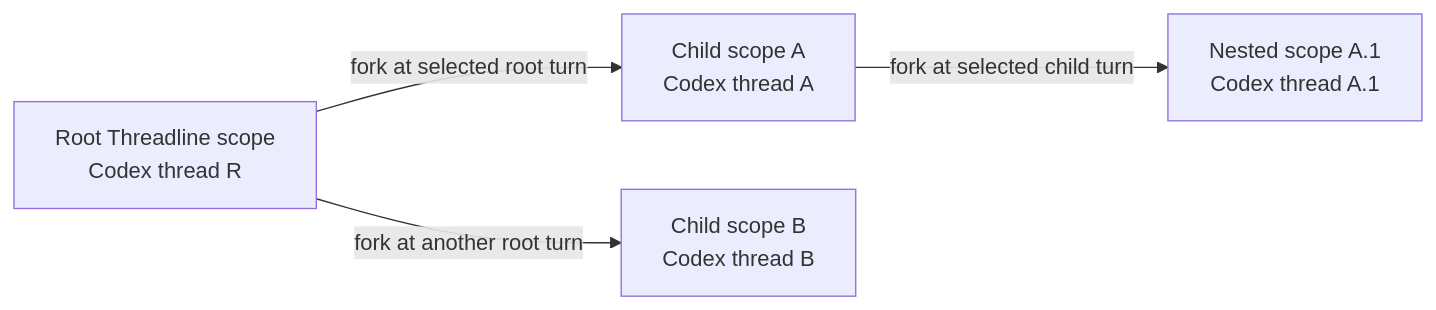
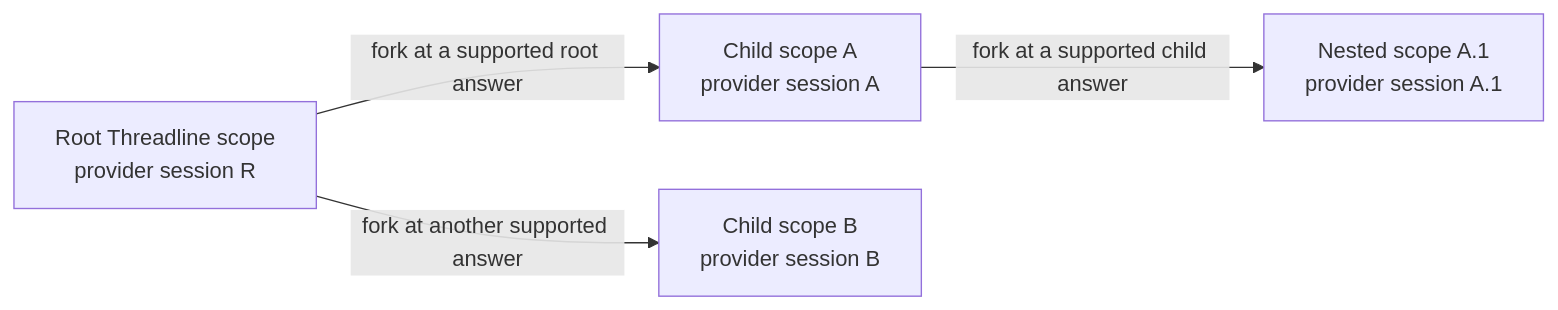
Before and after one commit to yinshanlake/threadline: the diagram in README.md, drawn with Mermaid. The commit also changed other lines of this file and 14 other files, not shown here.

````diff
--- a/README.md
+++ b/README.md
@@ -113,11 +119,11 @@
 ```mermaid
 flowchart LR
-    R["Root Threadline scope<br/>Codex thread R"]
-    A["Child scope A<br/>Codex thread A"]
-    B["Child scope B<br/>Codex thread B"]
-    A1["Nested scope A.1<br/>Codex thread A.1"]
+    R["Root Threadline scope<br/>provider session R"]
+    A["Child scope A<br/>provider session A"]
+    B["Child scope B<br/>provider session B"]
+    A1["Nested scope A.1<br/>provider session A.1"]
 
-    R -->|"fork at selected root turn"| A
-    R -->|"fork at another root turn"| B
-    A -->|"fork at selected child turn"| A1
+    R -->|"fork at a supported root answer"| A
+    R -->|"fork at another supported answer"| B
+    A -->|"fork at a supported child answer"| A1
 ```
````
